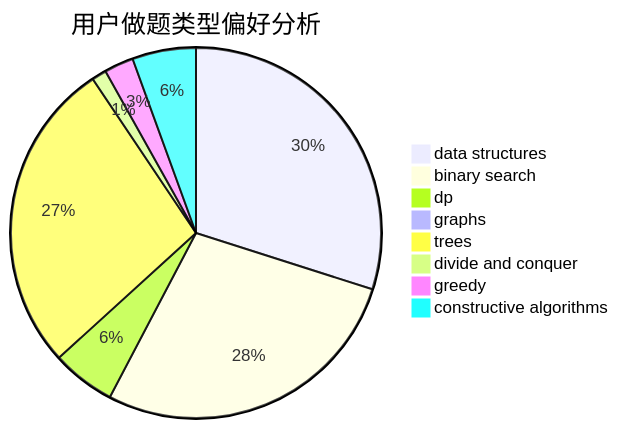
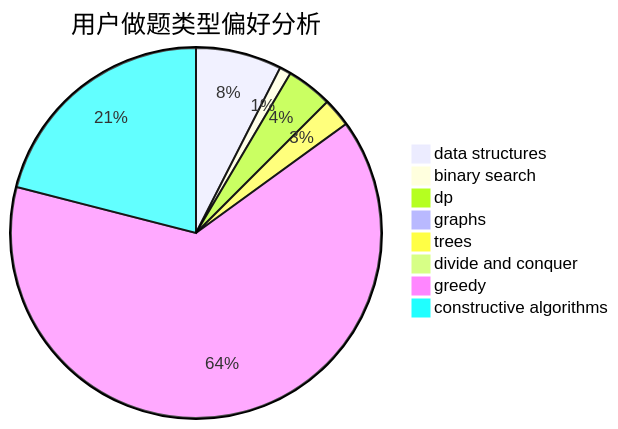
Before and after one commit to sherpahu/cfrs.github.io: the second of 3 diagrams in docs/user/u1878.md, drawn with Mermaid. The commit also changed other lines of this file and 2770 other files, not shown here.

````diff
--- a/docs/user/u1878.md
+++ b/docs/user/u1878.md
@@ -23,11 +23,11 @@
 ```mermaid
 pie title 用户做题类型偏好分析
-    "data structures" :  70
-    "binary search" :  65
-    "dp" :  13
+    "data structures" :  15
+    "binary search" :  2
+    "dp" :  8
     "graphs" :  0
-    "trees" :  64
-    "divide and conquer" :  3
-    "greedy" :  6
-    "constructive algorithms" :  13
+    "trees" :  5
+    "divide and conquer" :  0
+    "greedy" :  128
+    "constructive algorithms" :  42
 ```
````
